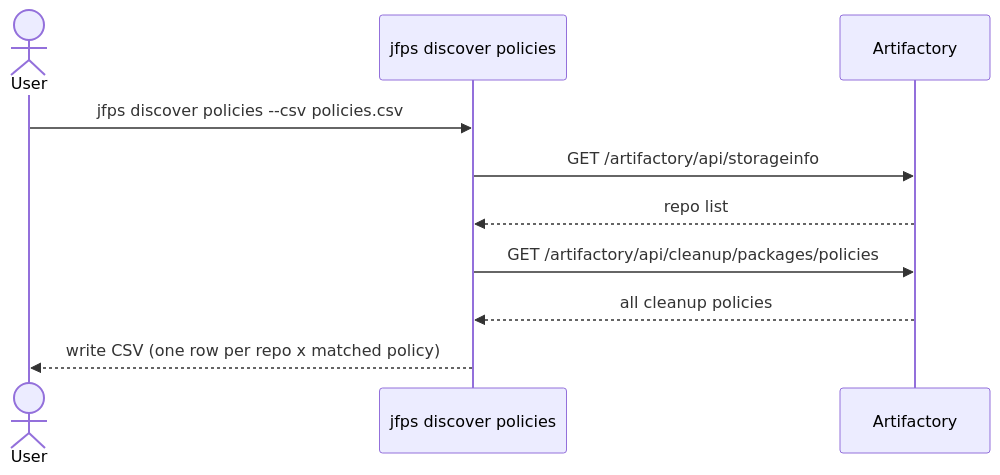
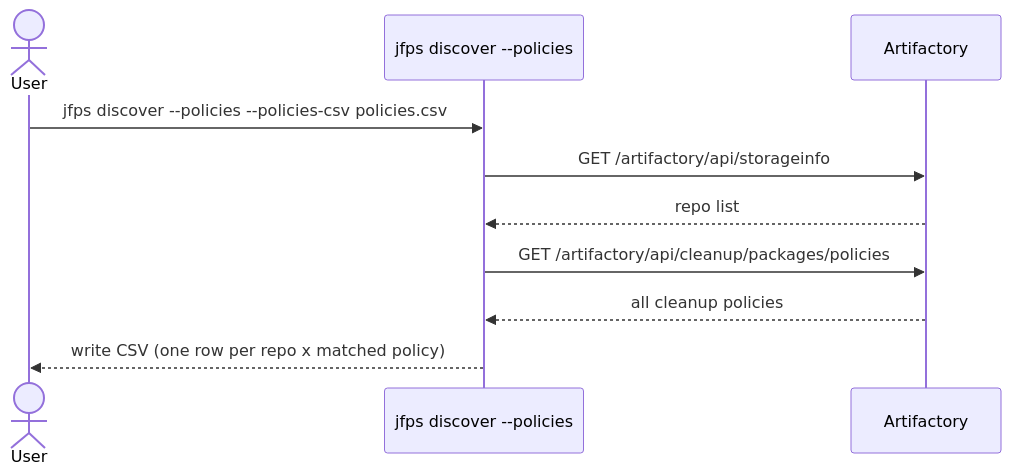
Before and after one commit to ps-jfrog/jfrog-ps-cli: the second of 4 diagrams in docs/discover.md, drawn with Mermaid. The commit also changed other lines of this file and 28 other files, not shown here.

````diff
--- a/docs/discover.md
+++ b/docs/discover.md
@@ -80,13 +98,13 @@
 ```mermaid
 sequenceDiagram
     actor User
-    participant CLI as jfps discover policies
+    participant CLI as jfps discover --policies
     participant Art as Artifactory
 
-    User->>CLI: jfps discover policies --csv policies.csv
+    User->>CLI: jfps discover --policies --policies-csv policies.csv
     CLI->>Art: GET /artifactory/api/storageinfo
     Art-->>CLI: repo list
     CLI->>Art: GET /artifactory/api/cleanup/packages/policies
     Art-->>CLI: all cleanup policies
     CLI-->>User: write CSV (one row per repo x matched policy)
 ```
````
